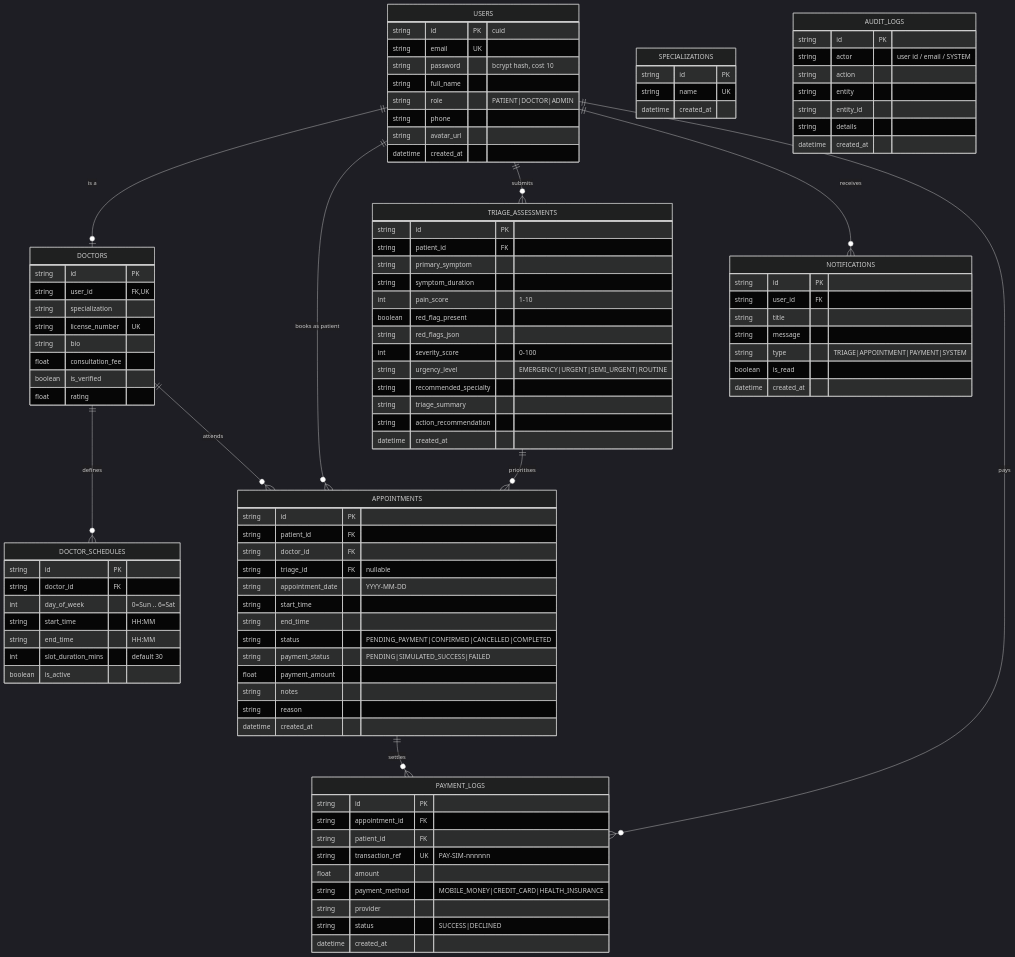
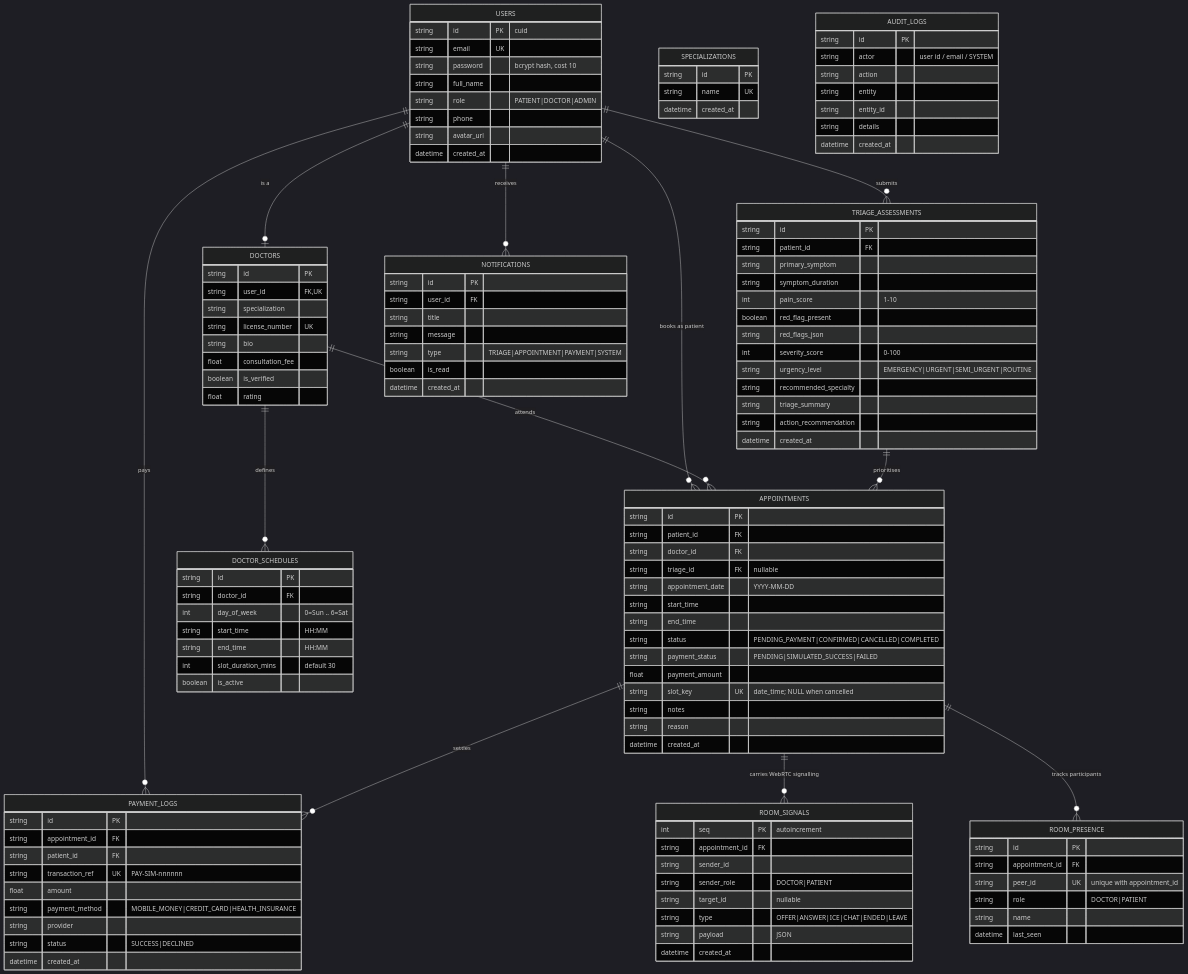
The diagram in docs/diagrams/03-er-diagram.mmd (NketiaAsubontengErnest/pulsetriage), drawn with Mermaid (dark theme) before and after one commit. The commit also changed 42 other files, not shown here.

```diff
--- a/docs/diagrams/03-er-diagram.mmd
+++ b/docs/diagrams/03-er-diagram.mmd
@@ -1,112 +1,135 @@
 erDiagram
   USERS ||--o| DOCTORS : "is a"
   USERS ||--o{ APPOINTMENTS : "books as patient"
   USERS ||--o{ TRIAGE_ASSESSMENTS : "submits"
   USERS ||--o{ NOTIFICATIONS : "receives"
   USERS ||--o{ PAYMENT_LOGS : "pays"
   DOCTORS ||--o{ DOCTOR_SCHEDULES : "defines"
   DOCTORS ||--o{ APPOINTMENTS : "attends"
   TRIAGE_ASSESSMENTS ||--o{ APPOINTMENTS : "prioritises"
   APPOINTMENTS ||--o{ PAYMENT_LOGS : "settles"
+  APPOINTMENTS ||--o{ ROOM_SIGNALS : "carries WebRTC signalling"
+  APPOINTMENTS ||--o{ ROOM_PRESENCE : "tracks participants"
 
   USERS {
     string id PK "cuid"
     string email UK
     string password "bcrypt hash, cost 10"
     string full_name
     string role "PATIENT|DOCTOR|ADMIN"
     string phone
     string avatar_url
     datetime created_at
   }
 
   DOCTORS {
     string id PK
     string user_id FK,UK
     string specialization
     string license_number UK
     string bio
     float consultation_fee
     boolean is_verified
     float rating
   }
 
   DOCTOR_SCHEDULES {
     string id PK
     string doctor_id FK
     int day_of_week "0=Sun .. 6=Sat"
     string start_time "HH:MM"
     string end_time "HH:MM"
     int slot_duration_mins "default 30"
     boolean is_active
   }
 
   TRIAGE_ASSESSMENTS {
     string id PK
     string patient_id FK
     string primary_symptom
     string symptom_duration
     int pain_score "1-10"
     boolean red_flag_present
     string red_flags_json
     int severity_score "0-100"
     string urgency_level "EMERGENCY|URGENT|SEMI_URGENT|ROUTINE"
     string recommended_specialty
     string triage_summary
     string action_recommendation
     datetime created_at
   }
 
   APPOINTMENTS {
     string id PK
     string patient_id FK
     string doctor_id FK
     string triage_id FK "nullable"
     string appointment_date "YYYY-MM-DD"
     string start_time
     string end_time
     string status "PENDING_PAYMENT|CONFIRMED|CANCELLED|COMPLETED"
     string payment_status "PENDING|SIMULATED_SUCCESS|FAILED"
     float payment_amount
+    string slot_key UK "date_time; NULL when cancelled"
     string notes
     string reason
     datetime created_at
   }
 
   PAYMENT_LOGS {
     string id PK
     string appointment_id FK
     string patient_id FK
     string transaction_ref UK "PAY-SIM-nnnnnn"
     float amount
     string payment_method "MOBILE_MONEY|CREDIT_CARD|HEALTH_INSURANCE"
     string provider
     string status "SUCCESS|DECLINED"
     datetime created_at
   }
 
   NOTIFICATIONS {
     string id PK
     string user_id FK
     string title
     string message
     string type "TRIAGE|APPOINTMENT|PAYMENT|SYSTEM"
     boolean is_read
     datetime created_at
   }
 
+  ROOM_SIGNALS {
+    int seq PK "autoincrement"
+    string appointment_id FK
+    string sender_id
+    string sender_role "DOCTOR|PATIENT"
+    string target_id "nullable"
+    string type "OFFER|ANSWER|ICE|CHAT|ENDED|LEAVE"
+    string payload "JSON"
+    datetime created_at
+  }
+
+  ROOM_PRESENCE {
+    string id PK
+    string appointment_id FK
+    string peer_id UK "unique with appointment_id"
+    string role "DOCTOR|PATIENT"
+    string name
+    datetime last_seen
+  }
+
   SPECIALIZATIONS {
     string id PK
     string name UK
     datetime created_at
   }
 
   AUDIT_LOGS {
     string id PK
     string actor "user id / email / SYSTEM"
     string action
     string entity
     string entity_id
     string details
     datetime created_at
   }
```
